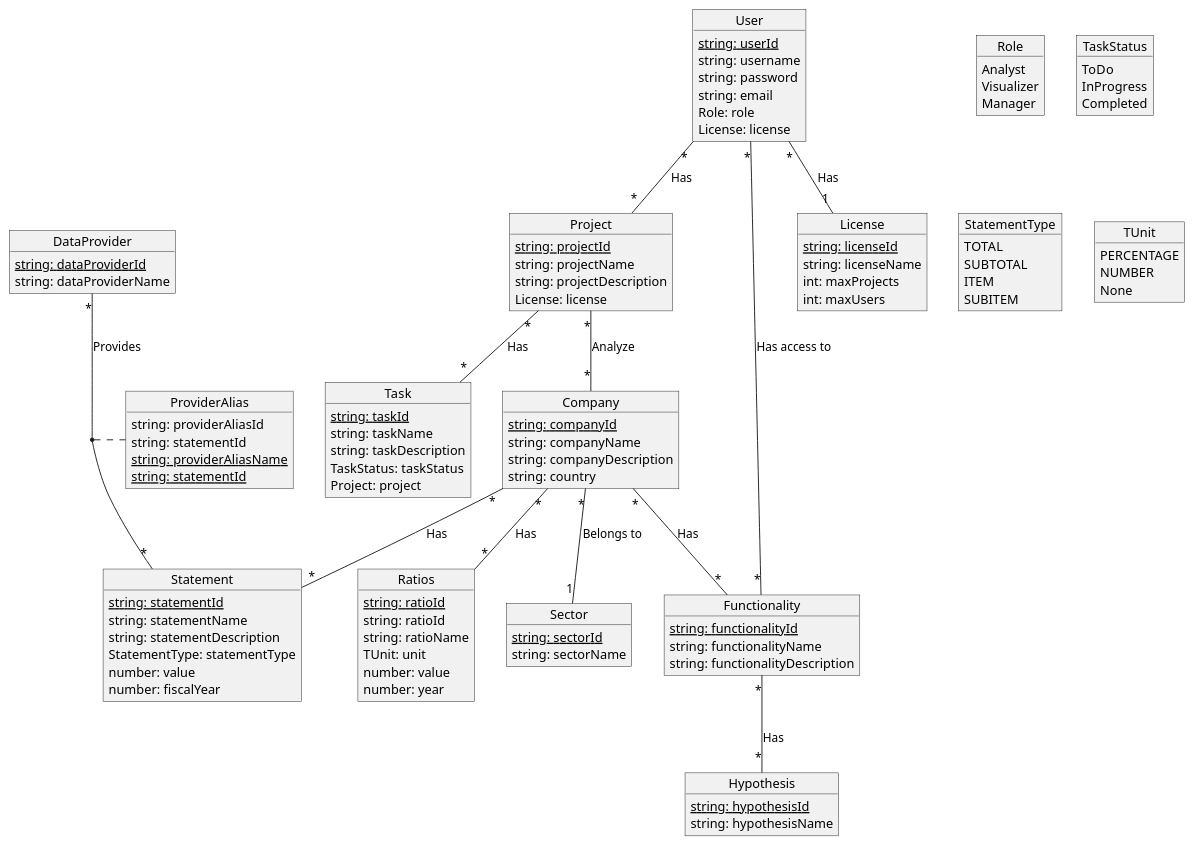
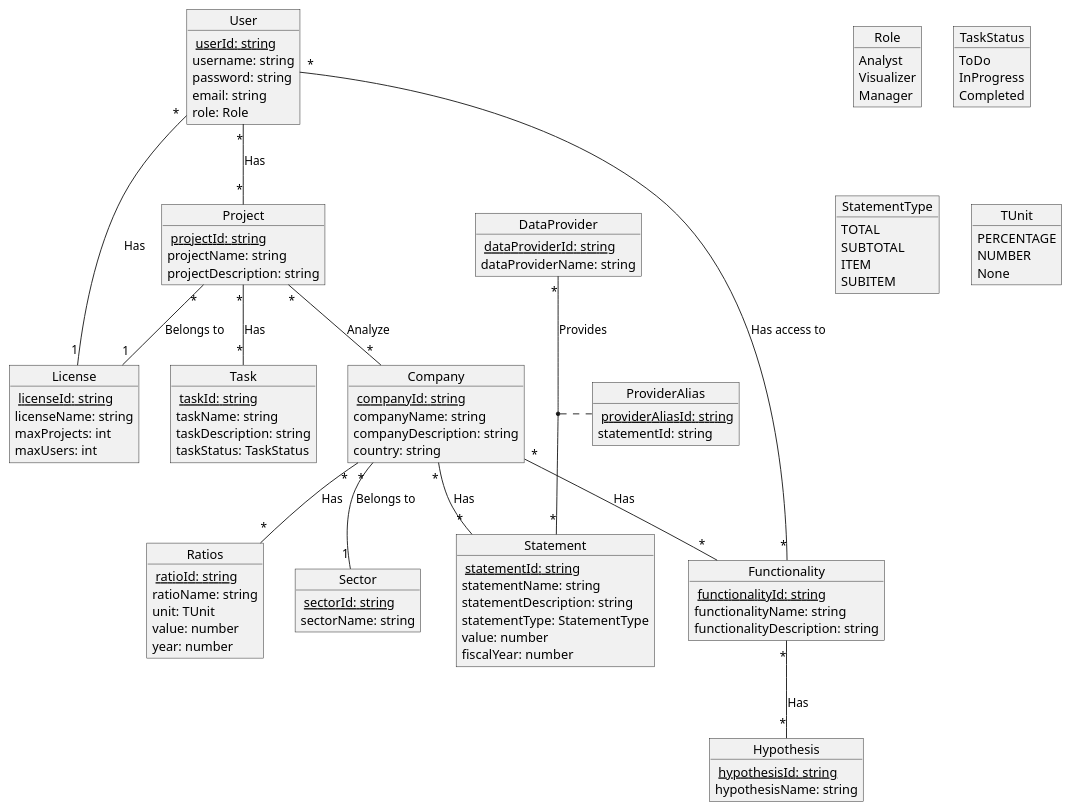
Before and after one commit to Haopeng138/UML: the diagram in ModeloConceptualAccouRateFrontend.puml, drawn with PlantUML. The commit also changed 1 other file, not shown here.

```diff
--- a/ModeloConceptualAccouRateFrontend.puml
+++ b/ModeloConceptualAccouRateFrontend.puml
@@ -1,137 +1,131 @@
 @startuml "ModeloConceptualAccouRateFrontend"
 
 object User {
-    <u>string: userId
-    string: username
-    string: password
-    string: email
-    Role: role
-    License: license
+    <u> userId: string
+    username: string
+    password: string
+    email: string
+    role: Role
 }
 
 object License {
-    <u>string: licenseId
-    string: licenseName
-    int: maxProjects
-    int: maxUsers
+    <u> licenseId: string
+    licenseName: string
+    maxProjects: int
+    maxUsers: int
 }
 
 object Role {
     Analyst
     Visualizer
     Manager
 }
 
 object Project {
-    <u>string: projectId
-    string: projectName
-    string: projectDescription
-    License: license
+    <u> projectId: string
+    projectName: string
+    projectDescription: string
 }
 
 object Task {
-    <u>string: taskId
-    string: taskName
-    string: taskDescription
-    TaskStatus: taskStatus
-    Project: project
+    <u> taskId: string
+    taskName: string
+    taskDescription: string
+    taskStatus: TaskStatus
 }
 
 object TaskStatus {
     ToDo
     InProgress
     Completed
 }
 
 object Sector {
-    <u>string: sectorId
-    string: sectorName
+    <u> sectorId: string
+    sectorName: string
 }
 
 object Company {
-    <u>string: companyId
-    string: companyName
-    string: companyDescription
-    string: country
+    <u> companyId: string
+    companyName: string
+    companyDescription: string
+    country: string
 }
 
 object DataProvider {
-    <u>string: dataProviderId
-    string: dataProviderName
+    <u> dataProviderId: string
+    dataProviderName: string
 }
 
 object ProviderAlias {
-    string: providerAliasId
-    string: statementId
-    <u>string: providerAliasName
-    <u>string: statementId
+    <u> providerAliasId: string
+    statementId: string
 }
 
 object Functionality {
-    <u>string: functionalityId
-    string: functionalityName
-    string: functionalityDescription
+    <u> functionalityId: string
+    functionalityName: string
+    functionalityDescription: string
 }
 
 object Statement {
-    <u>string: statementId
-    string: statementName
-    string: statementDescription
-    StatementType: statementType
-    number: value
-    number: fiscalYear
-
+    <u> statementId: string
+    statementName: string
+    statementDescription: string
+    statementType: StatementType
+    value: number
+    fiscalYear: number
 }
 
 object StatementType {
     TOTAL
     SUBTOTAL
     ITEM
     SUBITEM
 }
 
 object Ratios {
-    <u>string: ratioId
-    string: ratioId
-    string: ratioName
-    TUnit: unit
-    number: value
-    number: year
+    <u> ratioId: string
+    ratioName: string
+    unit: TUnit
+    value: number
+    year: number
 }
 
 object TUnit {
     PERCENTAGE
     NUMBER
     None
 }
 
 object Hypothesis {
-    <u>string: hypothesisId
-    string: hypothesisName
+    <u> hypothesisId: string
+    hypothesisName: string
 }
 
 User "*" -- "1" License: "Has"
 User "*" -- "*" Project: "Has"
+Project "*" -- "1" License: "Belongs to" 
 Project "*" -- "*" Task: "Has"
 Project "*" -- "*" Company: "Analyze"
 Company "*" -- "1" Sector: "Belongs to"
 Company "*" -- "*" Functionality: "Has"
 Company "*" -- "*" Statement: "Has"
 Company "*" -- "*" Ratios: "Has"
 Functionality "*" -- "*" Hypothesis: "Has"
 User "*" -- "*" Functionality: "Has access to"
 DataProvider "*" -- "*" Statement: "Provides"
 (DataProvider, Statement) "*" . "*" ProviderAlias
 
 
 
 
 ' Restricciones Textuales
 ' Clave primaria de User(userId), License(licenseId), Role(roleId), Project(projectId), Task(taskId), Sector(sectorId), Company(companyId), Functionality(functionalityId), Statement(statementId), Ratios(ratioId), Hypothesis(hypothesisId)
 ' 2 En una licencia no puede superar el numero de proyectos maximos y el numero de usuarios maximos
 ' 3 Un usuario solo puede tener una licencia
 ' 4 Un usuario puede tener varios roles segun el proyecto en el que esté trabajando
 ' 5 Solamente la funcionalidad 'DCF' tiene hipotesis
 ' 6 Un usuario puede acceder a diferentes funcionalidades según su rol
 
 @enduml
```
